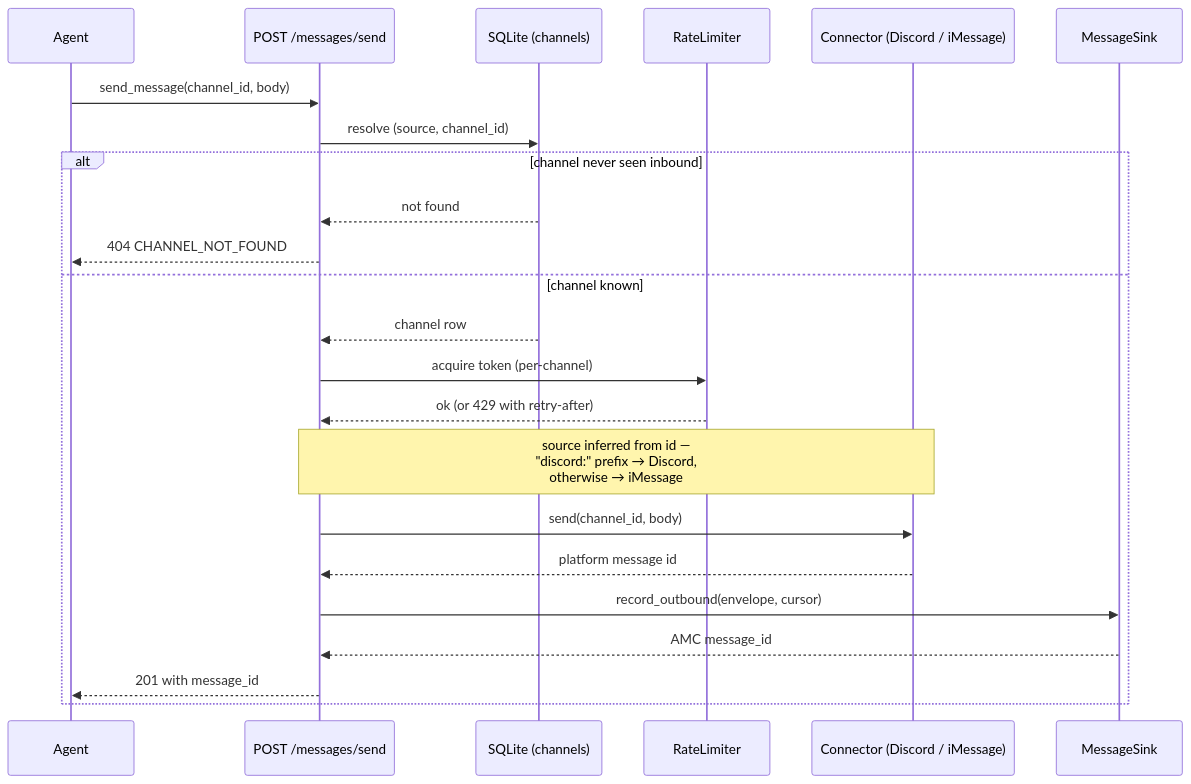
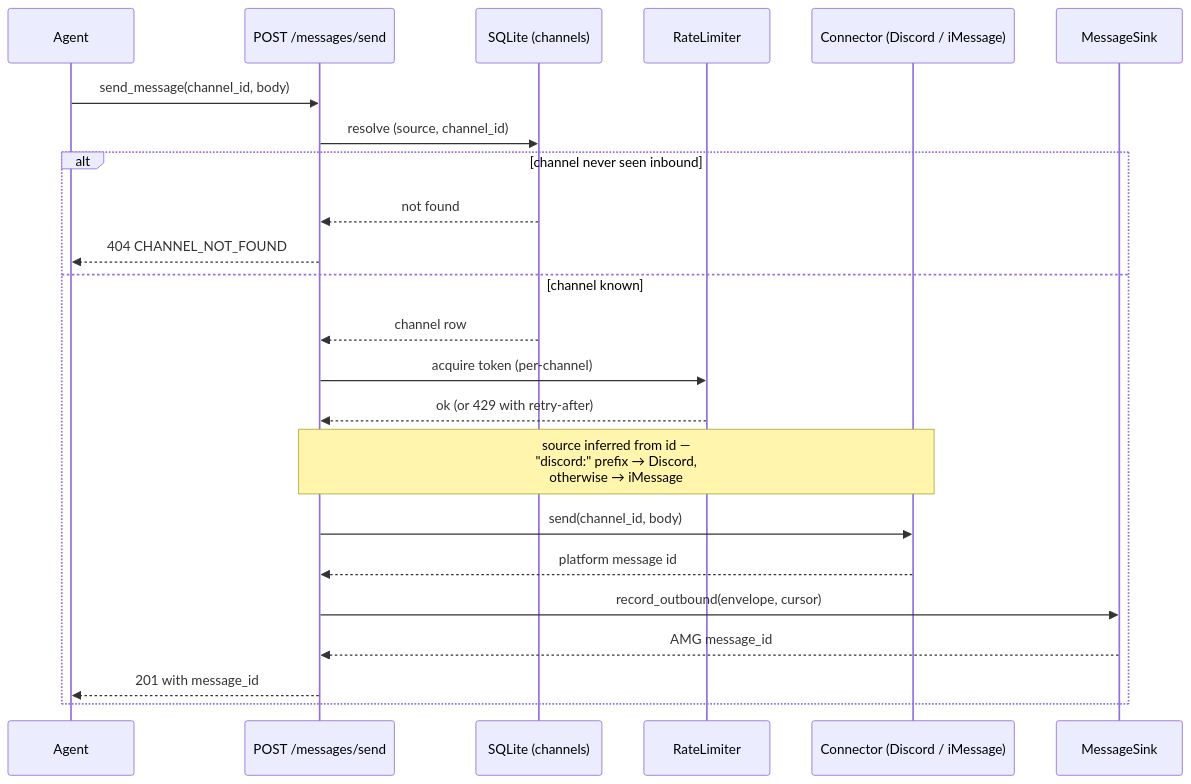
Before and after one commit to sequenzia/amc: the fourth of 4 diagrams in docs/architecture/index.md, drawn with Mermaid. The commit also changed other lines of this file and 276 other files, not shown here.

First line of the commit message:
refactor!: rename Agent Messaging Channel (AMC) to Agent Messaging Gateway (AMG) (#2)

````diff
--- a/docs/architecture/index.md
+++ b/docs/architecture/index.md
@@ -148,26 +148,26 @@
 ```mermaid
 sequenceDiagram
     participant AG as Agent
     participant API as POST /messages/send
     participant DB as SQLite (channels)
     participant RL as RateLimiter
     participant CN as Connector (Discord / iMessage)
     participant SK as MessageSink
 
     AG->>API: send_message(channel_id, body)
     API->>DB: resolve (source, channel_id)
     alt channel never seen inbound
         DB-->>API: not found
         API-->>AG: 404 CHANNEL_NOT_FOUND
     else channel known
         DB-->>API: channel row
         API->>RL: acquire token (per-channel)
         RL-->>API: ok (or 429 with retry-after)
         Note over API,CN: source inferred from id —<br/>"discord:" prefix → Discord,<br/>otherwise → iMessage
         API->>CN: send(channel_id, body)
         CN-->>API: platform message id
         API->>SK: record_outbound(envelope, cursor)
-        SK-->>API: AMC message_id
+        SK-->>API: AMG message_id
         API-->>AG: 201 with message_id
     end
 ```
````
